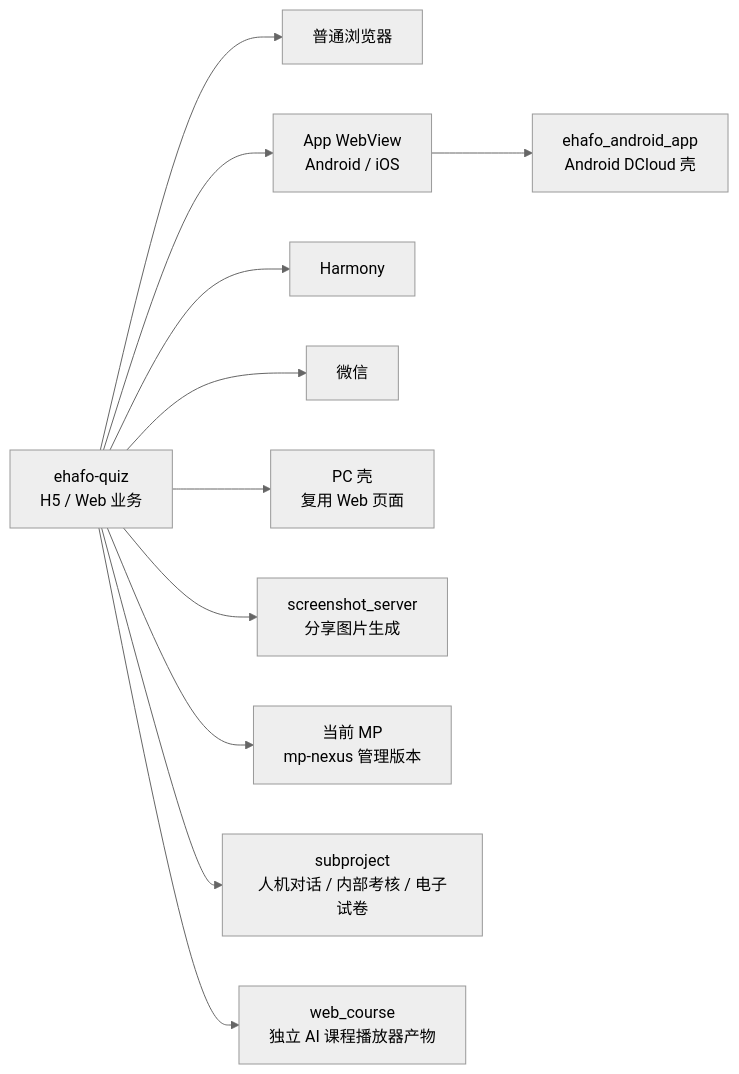
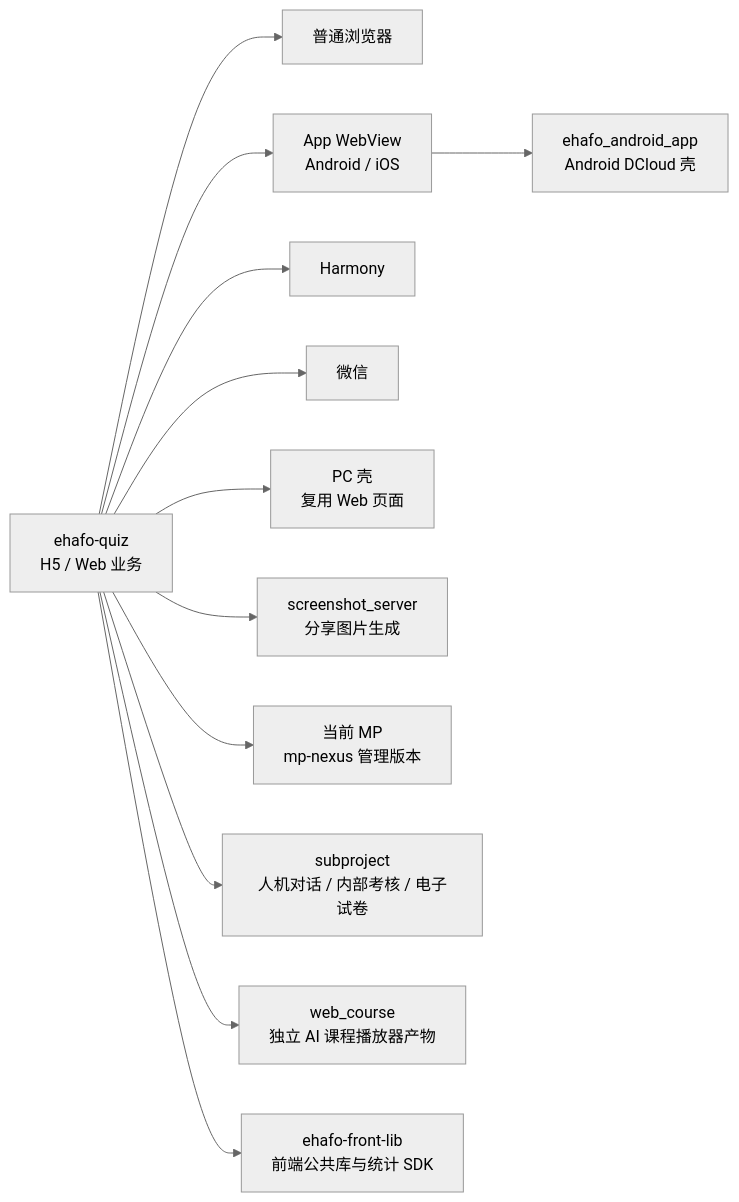
Before and after one commit to Charbo23/legacy: the diagram in docs/ehafo-frontend/overview.md, drawn with Mermaid (neutral theme). The commit also changed other lines of this file and 6 other files, not shown here.

````diff
--- a/docs/ehafo-frontend/overview.md
+++ b/docs/ehafo-frontend/overview.md
@@ -19,13 +20,14 @@
 ```mermaid
 flowchart LR
     Q[ehafo-quiz<br/>H5 / Web 业务] --> B[普通浏览器]
     Q --> A[App WebView<br/>Android / iOS]
     Q --> H[Harmony]
     Q --> W[微信]
     Q --> P[PC 壳<br/>复用 Web 页面]
     A --> D[ehafo_android_app<br/>Android DCloud 壳]
     Q --> S[screenshot_server<br/>分享图片生成]
     Q --> M[当前 MP<br/>mp-nexus 管理版本]
     Q --> U[subproject<br/>人机对话 / 内部考核 / 电子试卷]
     Q --> C[web_course<br/>独立 AI 课程播放器产物]
+    Q --> L[ehafo-front-lib<br/>前端公共库与统计 SDK]
 ```
````
